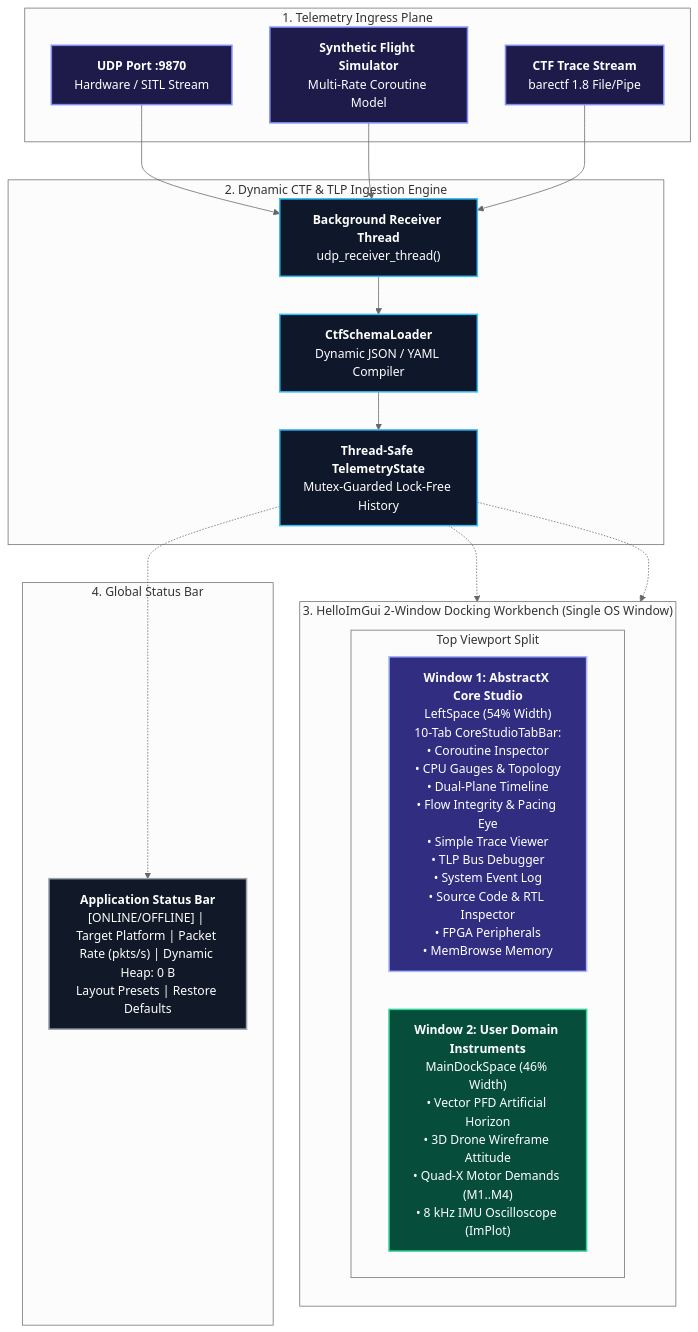
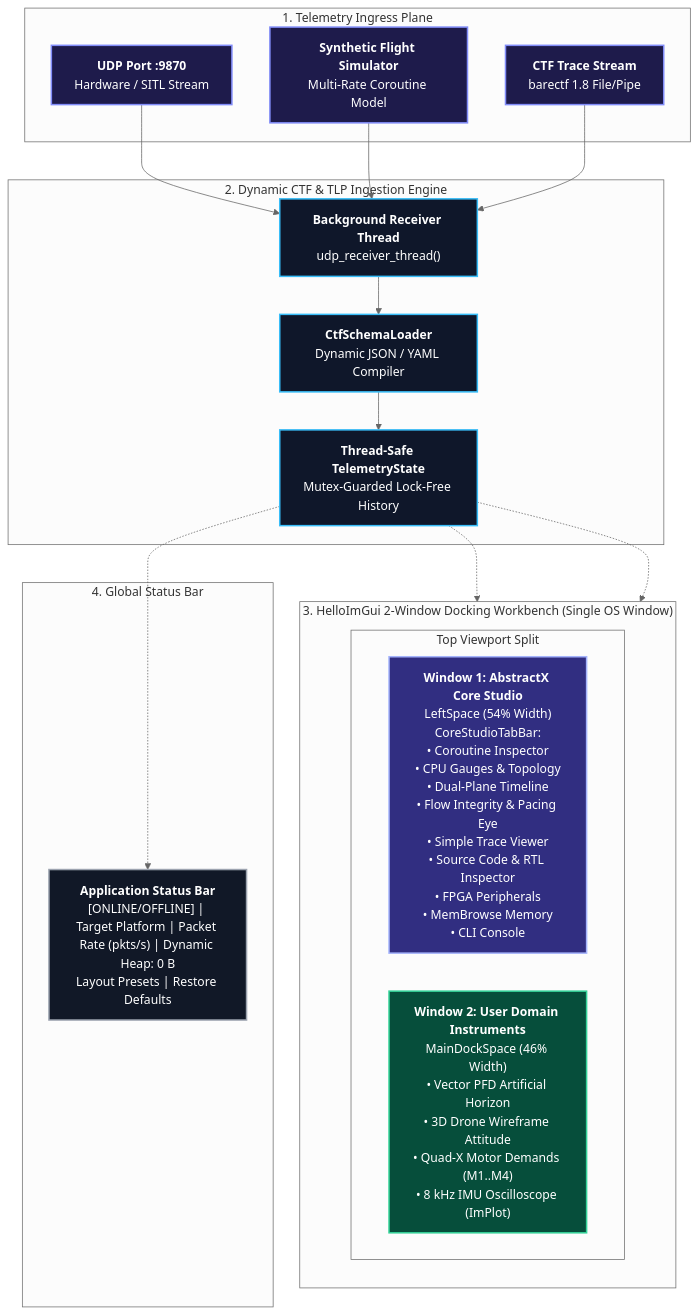
Before and after one commit to tcmichals/AbstractX: the diagram in tools/visualizer/SPECIFICATION.md, drawn with Mermaid (neutral theme). The commit also changed other lines of this file and 4 other files, not shown here.

First line of the commit message:
studio: real source browser with live badges, no duplicate TLP/log tabs, gauge labels clear

````diff
--- a/tools/visualizer/SPECIFICATION.md
+++ b/tools/visualizer/SPECIFICATION.md
@@ -19,49 +19,49 @@
 ```mermaid
 flowchart TD
     subgraph INGRESS_LAYER["1. Telemetry Ingress Plane"]
         UDP_PORT["<b>UDP Port :9870</b><br/>Hardware / SITL Stream"]
         SIM_GEN["<b>Synthetic Flight Simulator</b><br/>Multi-Rate Coroutine Model"]
         CTF_FILE["<b>CTF Trace Stream</b><br/>barectf 1.8 File/Pipe"]
     end
 
     subgraph DECODER_LAYER["2. Dynamic CTF & TLP Ingestion Engine"]
         RCV_THREAD["<b>Background Receiver Thread</b><br/>udp_receiver_thread()"]
         SCHEMA_LDR["<b>CtfSchemaLoader</b><br/>Dynamic JSON / YAML Compiler"]
         STATE_STORE["<b>Thread-Safe TelemetryState</b><br/>Mutex-Guarded Lock-Free History"]
     end
 
     subgraph DOCKING_WORKBENCH["3. HelloImGui 2-Window Docking Workbench (Single OS Window)"]
         direction TB
         subgraph TOP_DOCK["Top Viewport Split"]
             direction LR
-            WIN_CORE["<b>Window 1: AbstractX Core Studio</b><br/>LeftSpace (54% Width)<br/>10-Tab CoreStudioTabBar:<br/>• Coroutine Inspector<br/>• CPU Gauges & Topology<br/>• Dual-Plane Timeline<br/>• Flow Integrity & Pacing Eye<br/>• Simple Trace Viewer<br/>• TLP Bus Debugger<br/>• System Event Log<br/>• Source Code & RTL Inspector<br/>• FPGA Peripherals<br/>• MemBrowse Memory"]
+            WIN_CORE["<b>Window 1: AbstractX Core Studio</b><br/>LeftSpace (54% Width)<br/>CoreStudioTabBar:<br/>• Coroutine Inspector<br/>• CPU Gauges & Topology<br/>• Dual-Plane Timeline<br/>• Flow Integrity & Pacing Eye<br/>• Simple Trace Viewer<br/>• Source Code & RTL Inspector<br/>• FPGA Peripherals<br/>• MemBrowse Memory<br/>• CLI Console"]
             WIN_USER["<b>Window 2: User Domain Instruments</b><br/>MainDockSpace (46% Width)<br/>• Vector PFD Artificial Horizon<br/>• 3D Drone Wireframe Attitude<br/>• Quad-X Motor Demands (M1..M4)<br/>• 8 kHz IMU Oscilloscope (ImPlot)"]
         end
     end
 
     subgraph STATUS_LAYER["4. Global Status Bar"]
         BAR["<b>Application Status Bar</b><br/>[ONLINE/OFFLINE] | Target Platform | Packet Rate (pkts/s) | Dynamic Heap: 0 B<br/>Layout Presets | Restore Defaults"]
     end
 
     UDP_PORT --> RCV_THREAD
     SIM_GEN --> RCV_THREAD
     CTF_FILE --> RCV_THREAD
 
     RCV_THREAD --> SCHEMA_LDR --> STATE_STORE
 
     STATE_STORE -.-> WIN_CORE
     STATE_STORE -.-> WIN_USER
     STATE_STORE -.-> BAR
 
     classDef ingStyle fill:#1e1b4b,stroke:#818cf8,stroke-width:2px,color:#ffffff;
     classDef decStyle fill:#0f172a,stroke:#38bdf8,stroke-width:2px,color:#ffffff;
     classDef winCoreStyle fill:#312e81,stroke:#a5b4fc,stroke-width:2px,color:#ffffff;
     classDef winUserStyle fill:#064e3b,stroke:#34d399,stroke-width:2px,color:#ffffff;
     classDef statStyle fill:#111827,stroke:#9ca3af,stroke-width:2px,color:#ffffff;
 
     class UDP_PORT,SIM_GEN,CTF_FILE ingStyle;
     class RCV_THREAD,SCHEMA_LDR,STATE_STORE decStyle;
     class WIN_CORE winCoreStyle;
     class WIN_USER winUserStyle;
     class BAR statStyle;
 ```
````
